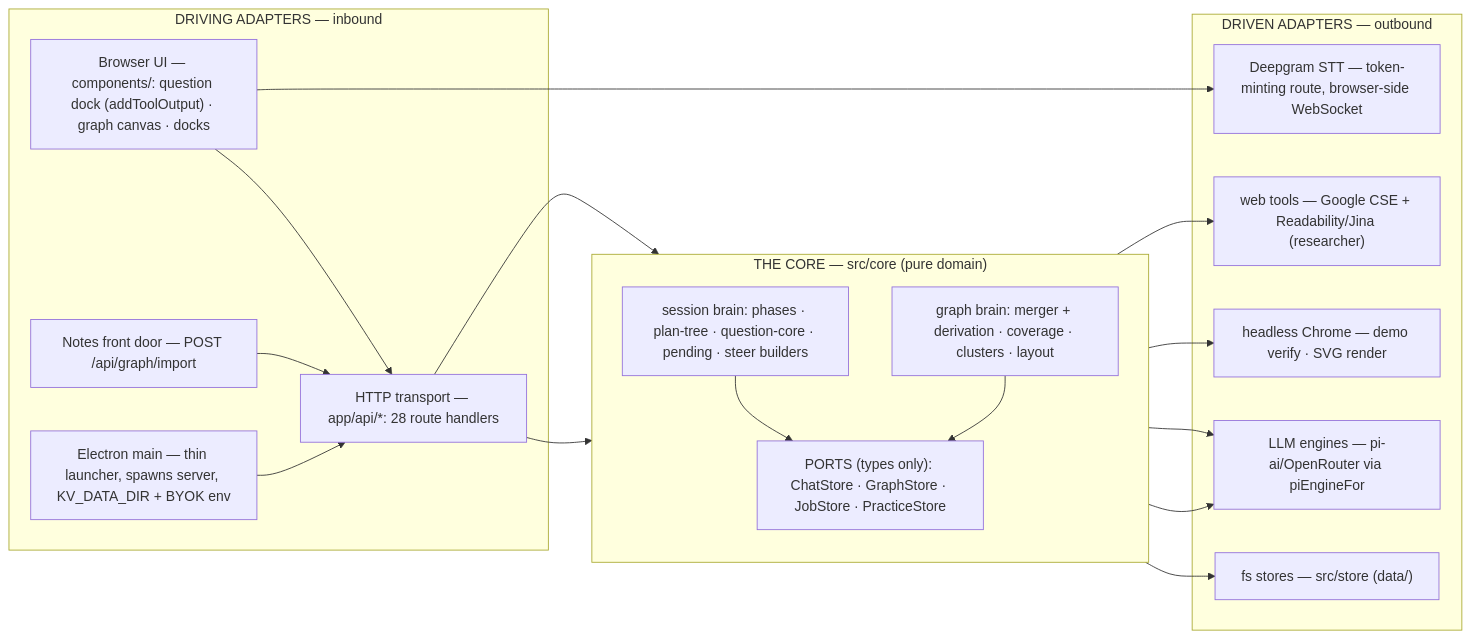
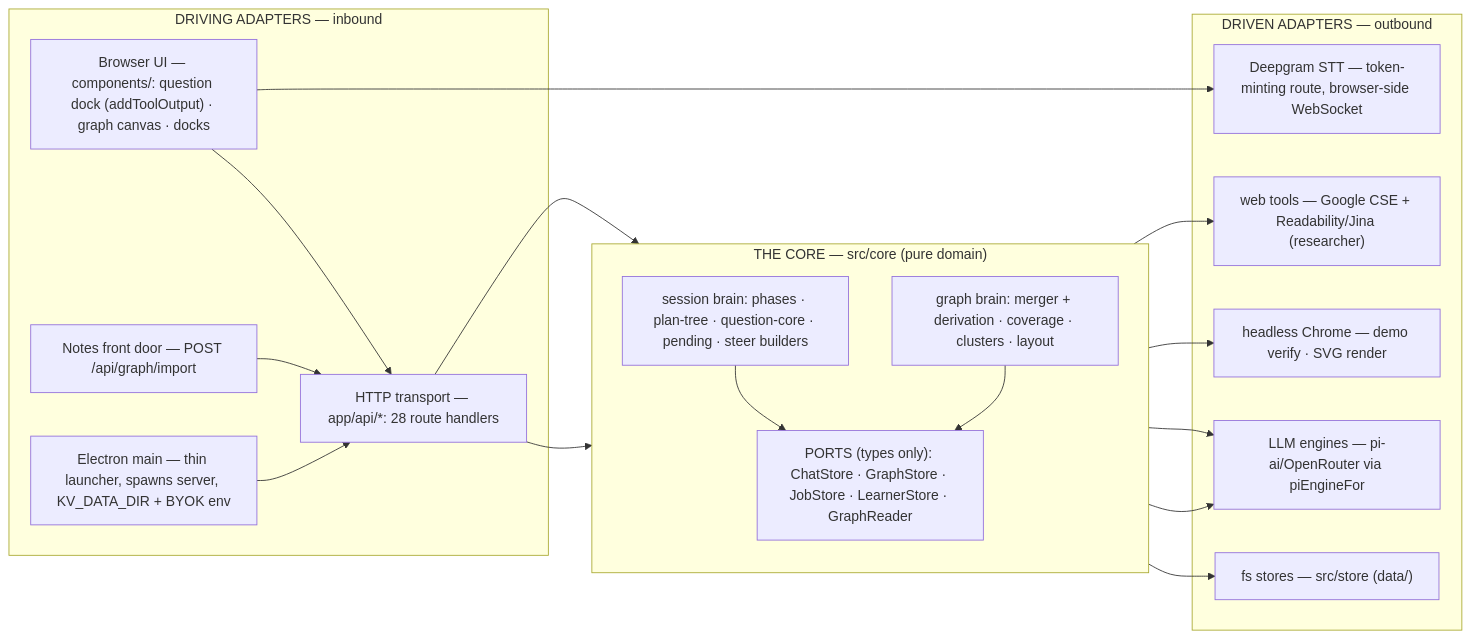
One commit to Bharambe-NL/kvasir changed the second of 7 diagrams in docs/architecture.md. Above: the diagram before and after it, drawn with Mermaid. The commit also changed other lines of this file and 15 other files, not shown here.

First line of the commit message:
feat(P1-1): learner contracts, port and store (#22)

````diff
--- a/docs/architecture.md
+++ b/docs/architecture.md
@@ -171,38 +172,38 @@
 ```mermaid
 flowchart LR
     subgraph DRIVING["DRIVING ADAPTERS — inbound"]
         BROWSER["Browser UI — components/: question dock (addToolOutput) · graph canvas · docks"]
         HTTP["HTTP transport — app/api/*: 28 route handlers"]
         NOTES["Notes front door — POST /api/graph/import"]
         ELEC["Electron main — thin launcher, spawns server, KV_DATA_DIR + BYOK env"]
     end
 
     subgraph HEXCORE["THE CORE — src/core (pure domain)"]
         direction TB
         SESS["session brain: phases · plan-tree · question-core · pending · steer builders"]
         GBRAIN["graph brain: merger + derivation · coverage · clusters · layout"]
-        PORTSBOX["PORTS (types only): ChatStore · GraphStore · JobStore · PracticeStore"]
+        PORTSBOX["PORTS (types only): ChatStore · GraphStore · JobStore · LearnerStore · GraphReader"]
     end
 
     subgraph DRIVEN["DRIVEN ADAPTERS — outbound"]
         FS["fs stores — src/store (data/)"]
         LLM["LLM engines — pi-ai/OpenRouter via piEngineFor"]
         HEAD["headless Chrome — demo verify · SVG render"]
         DEEP["Deepgram STT — token-minting route, browser-side WebSocket"]
         WEB["web tools — Google CSE + Readability/Jina (researcher)"]
     end
 
     BROWSER --> HTTP
     NOTES --> HTTP
     ELEC --> HTTP
     HTTP --> SESS
     HTTP --> GBRAIN
     SESS --> PORTSBOX
     GBRAIN --> PORTSBOX
     PORTSBOX --> FS
     SESS --> LLM
     GBRAIN --> LLM
     SESS --> HEAD
     SESS --> WEB
     BROWSER --> DEEP
 ```
````
